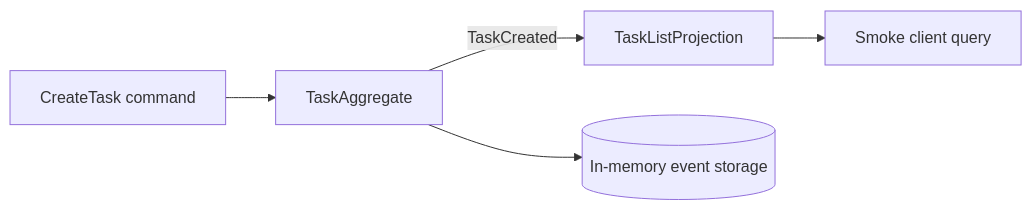
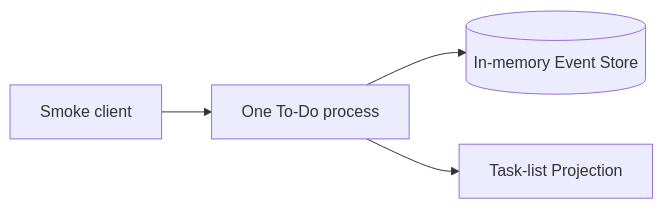
Before and after one commit to SpineEventEngine/spine-ts: the first of 2 diagrams in examples/todo/README.md, drawn with Mermaid. The commit also changed other lines of this file and 19 other files, not shown here.

````diff
--- a/examples/todo/README.md
+++ b/examples/todo/README.md
@@ -41,7 +26,6 @@
 ```mermaid
 flowchart LR
-  Command[CreateTask command] --> Task[TaskAggregate]
-  Task -->|TaskCreated| List[TaskListProjection]
-  Task --> Events[(In-memory event storage)]
-  List --> Client[Smoke client query]
+  Client[Smoke client] --> App[One To-Do process]
+  App --> Store[(In-memory Event Store)]
+  App --> List[Task-list Projection]
 ```
````
